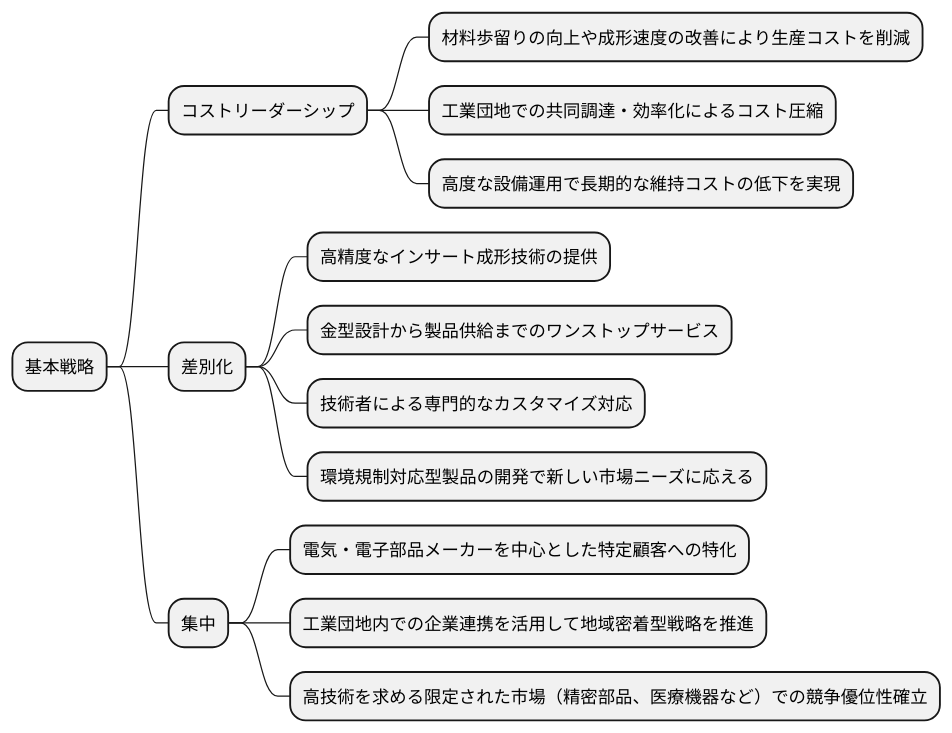
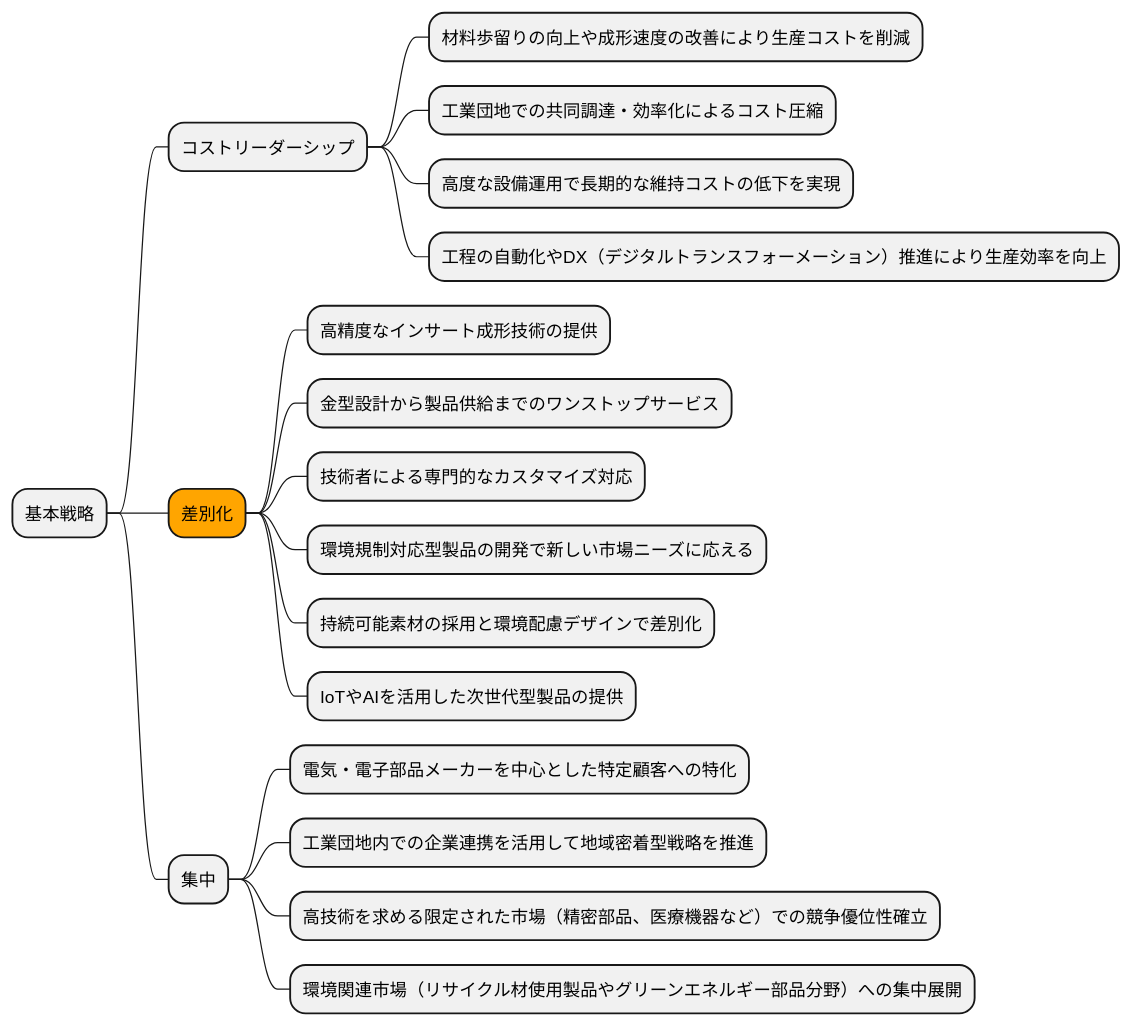
One commit to k2works/case-study-business-analysis changed the eighth of 19 diagrams in docs/case/h30_case_3.adoc. Above: the diagram before and after it, drawn with PlantUML. The commit also changed other lines of this file, not shown here.

```diff
--- a/docs/case/h30_case_3.adoc
+++ b/docs/case/h30_case_3.adoc
@@ -276,21 +365,25 @@
 [plantuml]
 ----
 @startmindmap
 
 * 基本戦略
 ** コストリーダーシップ
 *** 材料歩留りの向上や成形速度の改善により生産コストを削減
 *** 工業団地での共同調達・効率化によるコスト圧縮
 *** 高度な設備運用で長期的な維持コストの低下を実現
-** 差別化
+*** 工程の自動化やDX（デジタルトランスフォーメーション）推進により生産効率を向上
+**[#orange] 差別化
 *** 高精度なインサート成形技術の提供
 *** 金型設計から製品供給までのワンストップサービス
 *** 技術者による専門的なカスタマイズ対応
 *** 環境規制対応型製品の開発で新しい市場ニーズに応える
+*** 持続可能素材の採用と環境配慮デザインで差別化
+*** IoTやAIを活用した次世代型製品の提供
 ** 集中
 *** 電気・電子部品メーカーを中心とした特定顧客への特化
 *** 工業団地内での企業連携を活用して地域密着型戦略を推進
 *** 高技術を求める限定された市場（精密部品、医療機器など）での競争優位性確立
+*** 環境関連市場（リサイクル材使用製品やグリーンエネルギー部品分野）への集中展開
 
 @endmindmap
 ----
```
